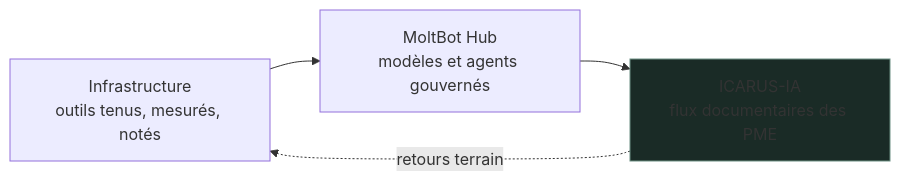
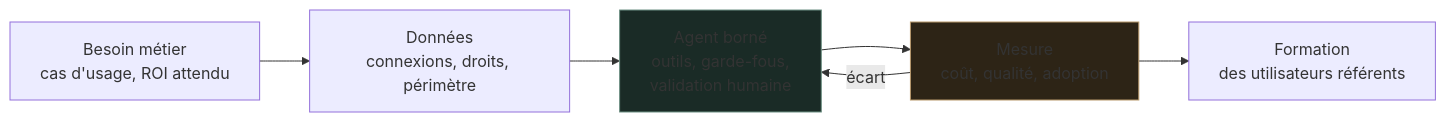
One commit to TimoLeDozo/TimoLeDozo changed the first of 2 diagrams in README.md. Above: the diagram before and after it, drawn with Mermaid. The commit also changed other lines of this file, not shown here.

Commit message:
docs: etat mesure du 09/11/2026

````diff
--- a/README.md
+++ b/README.md
@@ -7,8 +21,11 @@
 ```mermaid
 flowchart LR
-    I["Infrastructure<br/>outils tenus, mesurés, notés"] --> H["MoltBot Hub<br/>modèles et agents gouvernés"]
-    H --> C["ICARUS-IA<br/>flux documentaires des PME"]
-    C -.retours terrain.-> I
+    B["Besoin métier<br/>cas d'usage, ROI attendu"] --> D["Données<br/>connexions, droits, périmètre"]
+    D --> A["Agent borné<br/>outils, garde-fous,<br/>validation humaine"]
+    A --> M["Mesure<br/>coût, qualité, adoption"]
+    M -->|écart| A
+    M --> F["Formation<br/>des utilisateurs référents"]
 
-    style C fill:#1a2b26,stroke:#6d9083
+    style A fill:#1a2b26,stroke:#6d9083
+    style M fill:#2d2416,stroke:#b7986a
 ```
````
